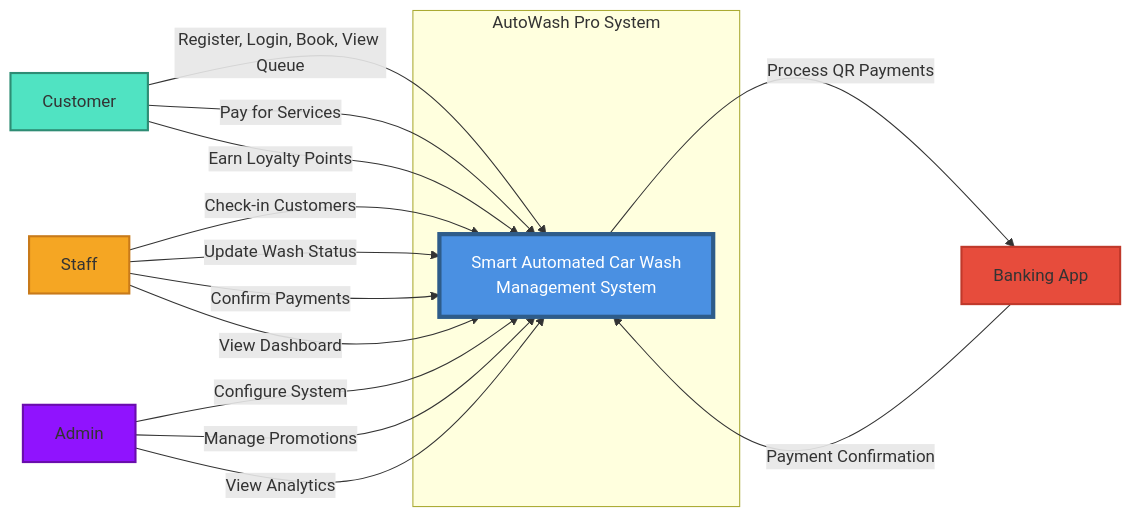
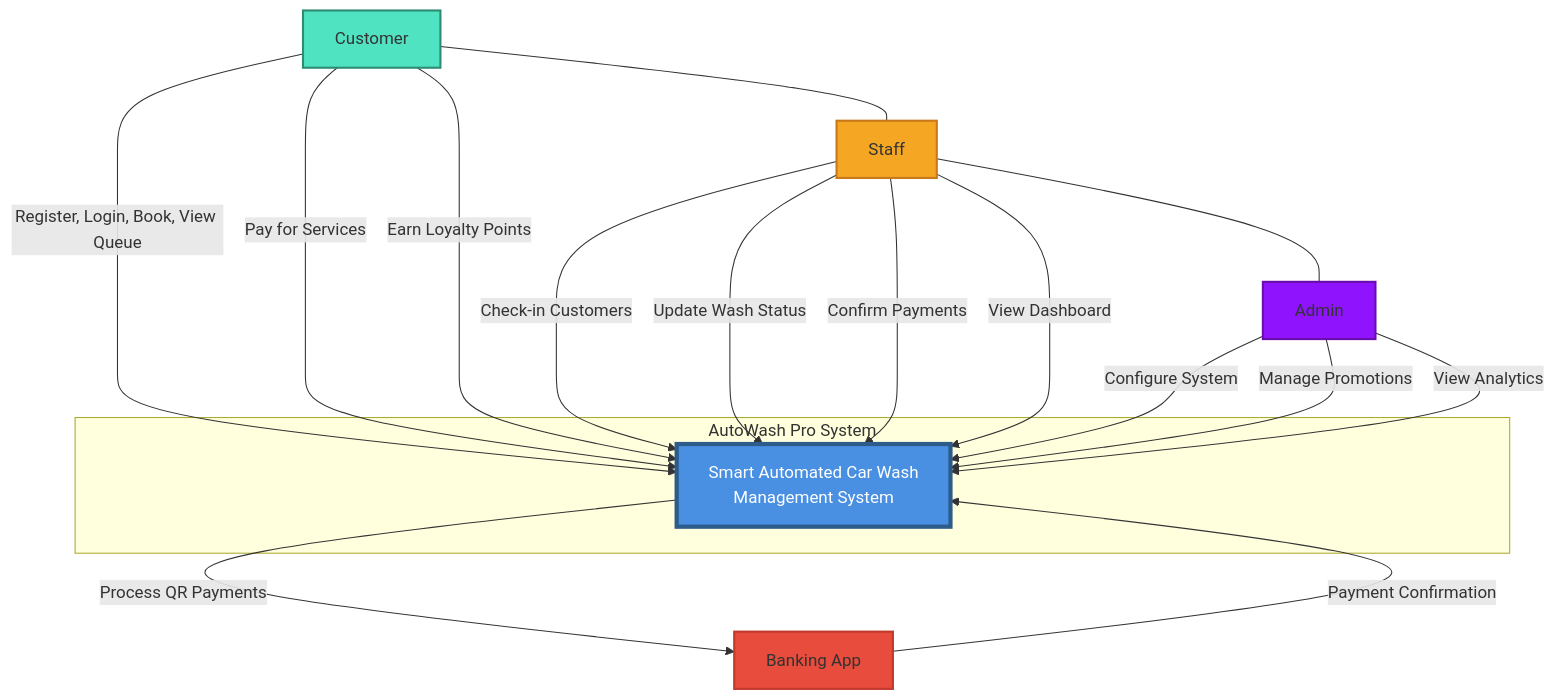
One commit to nguyenvuanhmy2708-sketch/autowash-pro changed the diagram in hinh.md. Above: the diagram before and after it, drawn with Mermaid. The commit also changed other lines of this file, not shown here.

````diff
--- a/hinh.md
+++ b/hinh.md
@@ -1,68 +2,75 @@
-```mermaid
-graph LR
+ ```mermaid
+graph TB
 
     %% =========================
-    %% EXTERNAL ACTORS
+    %% TOP ACTORS
     %% =========================
 
     Customer["Customer"]
     Staff["Staff"]
     Admin["Admin"]
 
     %% =========================
     %% SYSTEM
     %% =========================
 
     subgraph "AutoWash Pro System"
         System["Smart Automated Car Wash<br/>Management System"]
     end
 
     %% =========================
-    %% EXTERNAL SERVICES
+    %% BOTTOM EXTERNAL SERVICE
     %% =========================
 
     Bank["Banking App"]
+
+    %% =========================
+    %% LAYOUT CONTROL
+    %% =========================
+
+    Customer --- Staff
+    Staff --- Admin
 
     %% =========================
     %% CUSTOMER INTERACTIONS
     %% =========================
 
     Customer -->|Register, Login, Book, View Queue| System
     Customer -->|Pay for Services| System
     Customer -->|Earn Loyalty Points| System
 
     %% =========================
     %% STAFF INTERACTIONS
     %% =========================
 
     Staff -->|Check-in Customers| System
     Staff -->|Update Wash Status| System
     Staff -->|Confirm Payments| System
     Staff -->|View Dashboard| System
 
     %% =========================
     %% ADMIN INTERACTIONS
     %% =========================
 
     Admin -->|Configure System| System
     Admin -->|Manage Promotions| System
     Admin -->|View Analytics| System
 
     %% =========================
     %% BANKING INTERACTIONS
     %% =========================
 
     System -->|Process QR Payments| Bank
     Bank -->|Payment Confirmation| System
 
     %% =========================
     %% STYLES
     %% =========================
 
     style System fill:#4A90E2,stroke:#2E5C8A,stroke-width:4px,color:#fff
 
     style Customer fill:#50E3C2,stroke:#2E8C74,stroke-width:2px
     style Staff fill:#F5A623,stroke:#C87A1A,stroke-width:2px
     style Admin fill:#9013FE,stroke:#6A0DAD,stroke-width:2px
     style Bank fill:#E74C3C,stroke:#C0392B,stroke-width:2px
 ```
````
